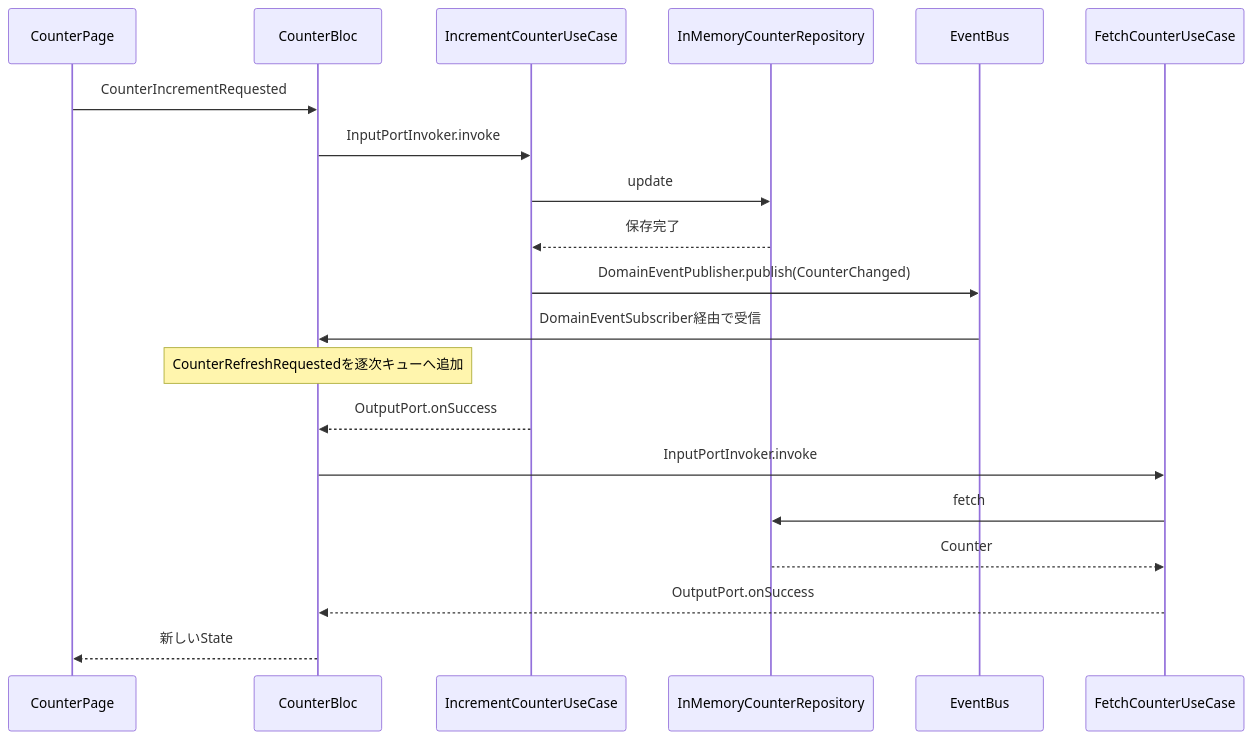
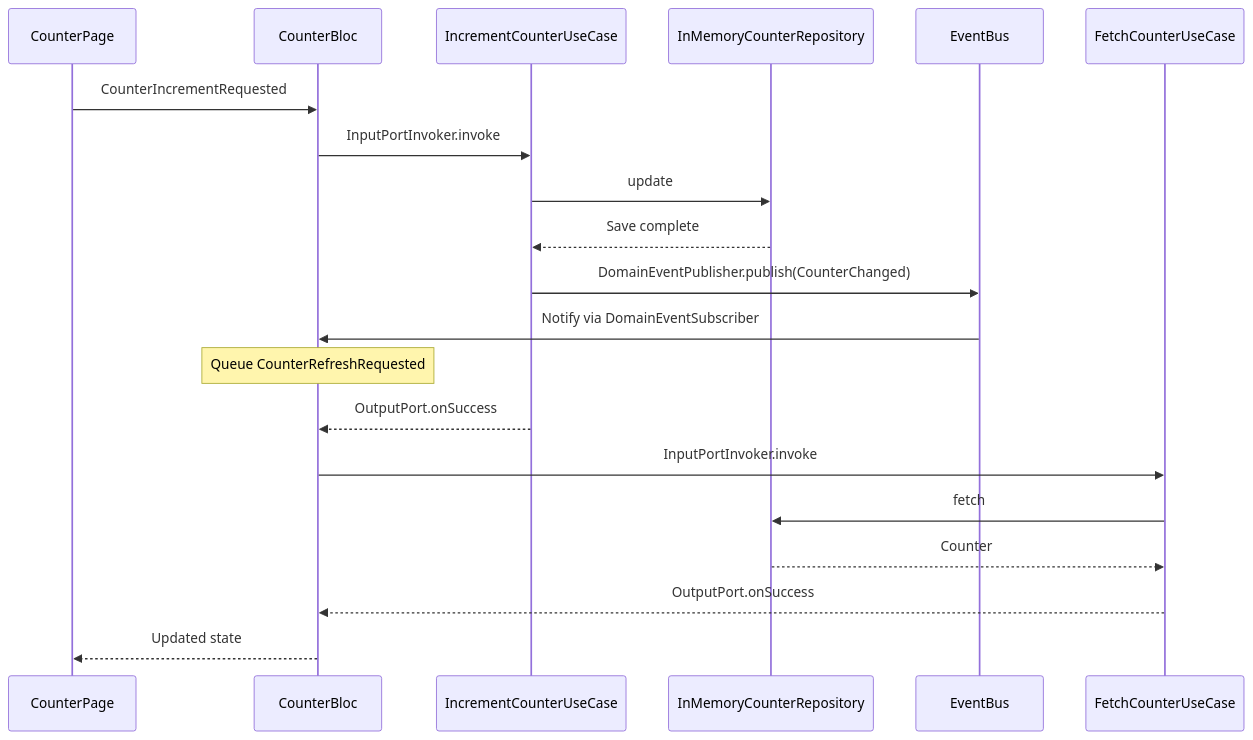
One commit to mofua-suki/flutter-architecture changed the first of 2 diagrams in README.md. Above: the diagram before and after it, drawn with Mermaid. The commit also changed other lines of this file and 4 other files, not shown here.

````diff
--- a/README.md
+++ b/README.md
@@ -22,22 +20,22 @@
 ```mermaid
 sequenceDiagram
     participant View as CounterPage
     participant Bloc as CounterBloc
     participant Command as IncrementCounterUseCase
     participant Repository as InMemoryCounterRepository
     participant Bus as EventBus
     participant Query as FetchCounterUseCase
     View->>Bloc: CounterIncrementRequested
     Bloc->>Command: InputPortInvoker.invoke
     Command->>Repository: update
-    Repository-->>Command: 保存完了
+    Repository-->>Command: Save complete
     Command->>Bus: DomainEventPublisher.publish(CounterChanged)
-    Bus->>Bloc: DomainEventSubscriber経由で受信
-    Note over Bloc: CounterRefreshRequestedを逐次キューへ追加
+    Bus->>Bloc: Notify via DomainEventSubscriber
+    Note over Bloc: Queue CounterRefreshRequested
     Command-->>Bloc: OutputPort.onSuccess
     Bloc->>Query: InputPortInvoker.invoke
     Query->>Repository: fetch
     Repository-->>Query: Counter
     Query-->>Bloc: OutputPort.onSuccess
-    Bloc-->>View: 新しいState
+    Bloc-->>View: Updated state
 ```
````
